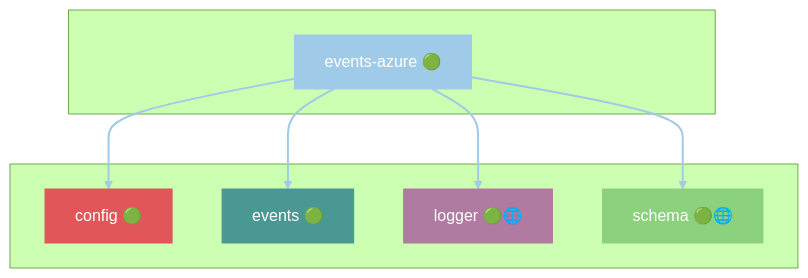
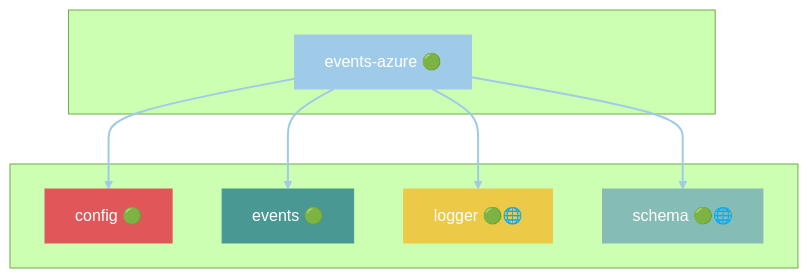
Before and after one commit to grest-ts/grest-ts: diagram 17 of 40 in docs/DEPENDENCIES.md, drawn with Mermaid (forest theme). The commit also changed other lines of this file and 34 other files, not shown here.

````diff
--- a/docs/DEPENDENCIES.md
+++ b/docs/DEPENDENCIES.md
@@ -883,25 +881,25 @@
 ```mermaid
 flowchart TB
     subgraph Package[" "]
         events-azure["events-azure 🟢"]
     end
     subgraph Dependencies[" "]
         config["config 🟢"]
         events["events 🟢"]
         logger["logger 🟢🌐"]
         schema["schema 🟢🌐"]
     end
     events-azure --> config
     events-azure --> events
     events-azure --> logger
     events-azure --> schema
     style events-azure fill:#A0CBE8,stroke:#A0CBE8,color:#fff
     style config fill:#E15759,stroke:#E15759,color:#fff
     style events fill:#499894,stroke:#499894,color:#fff
-    style logger fill:#B07AA1,stroke:#B07AA1,color:#fff
-    style schema fill:#8CD17D,stroke:#8CD17D,color:#fff
+    style logger fill:#EDC948,stroke:#EDC948,color:#fff
+    style schema fill:#86BCB6,stroke:#86BCB6,color:#fff
     linkStyle 0 stroke:#A0CBE8,stroke-width:2px
     linkStyle 1 stroke:#A0CBE8,stroke-width:2px
     linkStyle 2 stroke:#A0CBE8,stroke-width:2px
     linkStyle 3 stroke:#A0CBE8,stroke-width:2px
 ```
````
